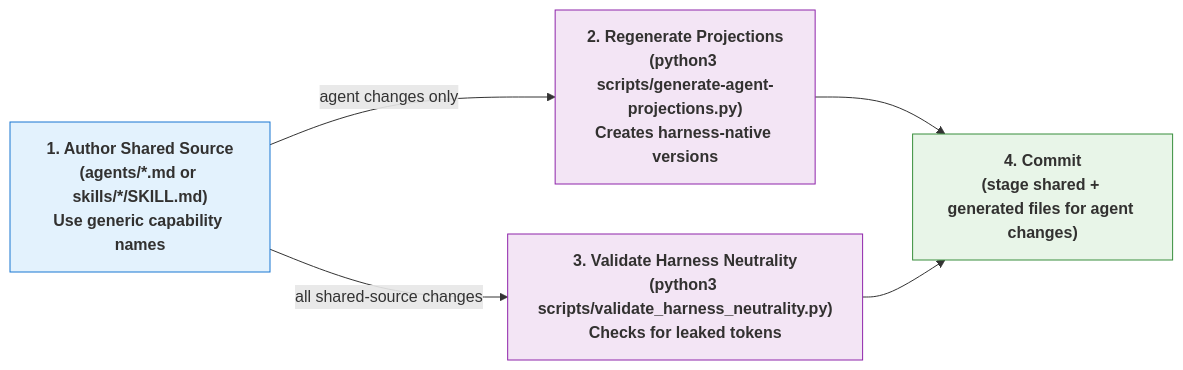
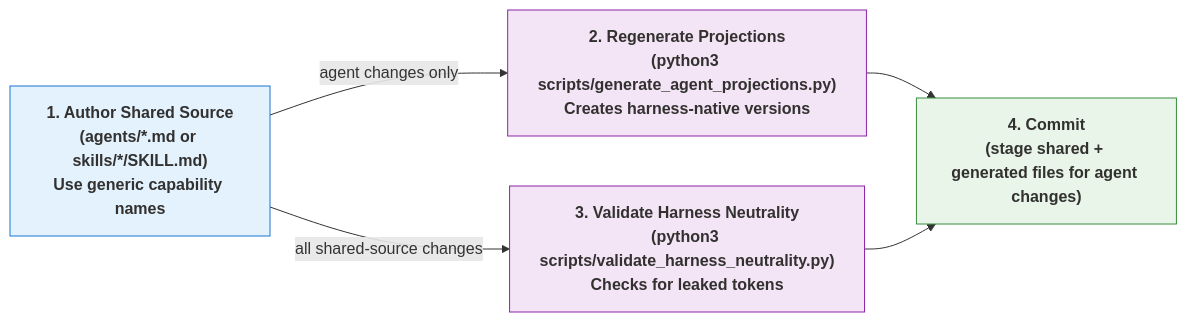
Before and after one commit to russell-laing/al-dev-shared: the second of 6 diagrams in docs/projection-layer-readme.md, drawn with Mermaid. The commit also changed other lines of this file and 16 other files, not shown here.

Commit message:
refactor: align regenerate agent projections skill rename

````diff
--- a/docs/projection-layer-readme.md
+++ b/docs/projection-layer-readme.md
@@ -220,16 +220,16 @@
 ```mermaid
 graph LR
-    A["1. Author Shared Source<br/>(agents/*.md or skills/*/SKILL.md)<br/>Use generic capability names"] -->|agent changes only| B["2. Regenerate Projections<br/>(python3 scripts/generate-agent-projections.py)<br/>Creates harness-native versions"]
+    A["1. Author Shared Source<br/>(agents/*.md or skills/*/SKILL.md)<br/>Use generic capability names"] -->|agent changes only| B["2. Regenerate Projections<br/>(python3 scripts/generate_agent_projections.py)<br/>Creates harness-native versions"]
     A -->|all shared-source changes| C["3. Validate Harness Neutrality<br/>(python3 scripts/validate_harness_neutrality.py)<br/>Checks for leaked tokens"]
     B --> D["4. Commit<br/>(stage shared + generated files for agent changes)"]
     C --> D
 
     classDef input fill:#e3f2fd,stroke:#1976d2,color:#323130,font-weight:bold
     classDef process fill:#f3e5f5,stroke:#8e24aa,color:#323130,font-weight:bold
     classDef output fill:#e8f5e8,stroke:#388e3c,color:#323130,font-weight:bold
 
     class A input
     class B process
     class C process
     class D output
 ```
````
